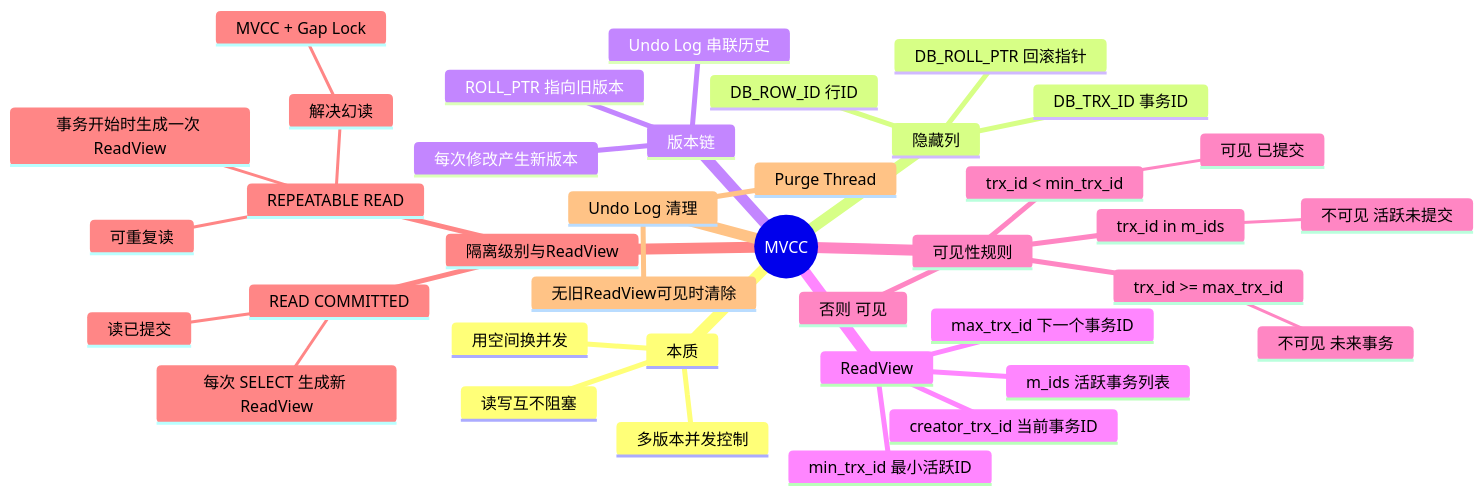
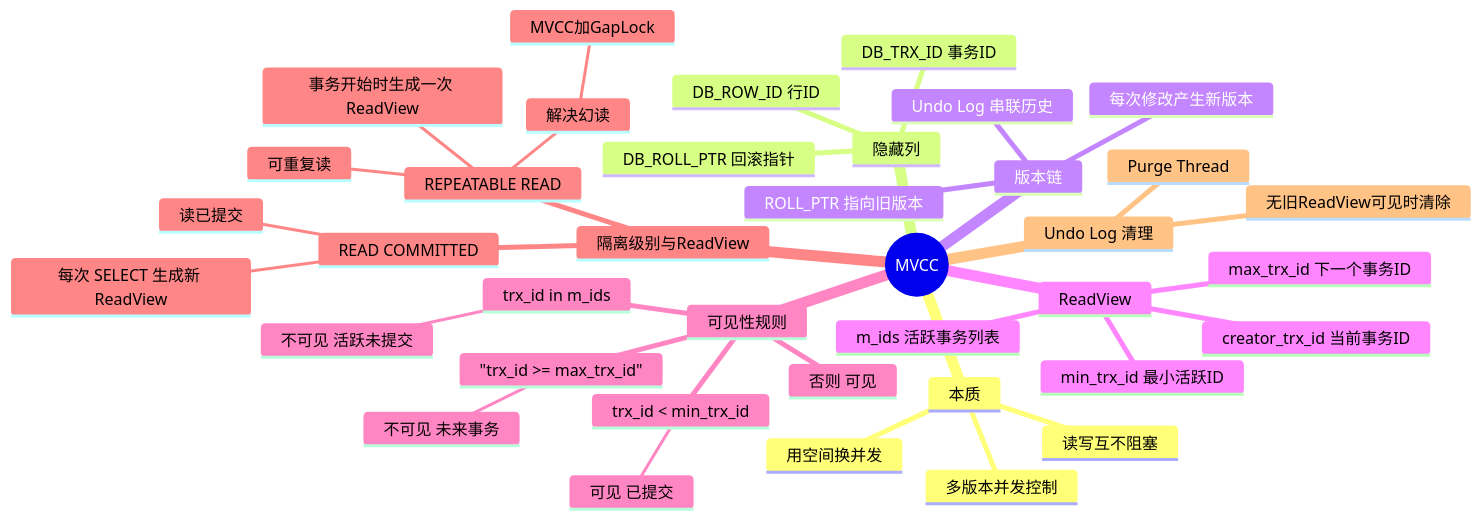
One commit to jingyu525/mysql-first-principles changed the sixth of 11 diagrams in appendix/mind-maps/README.md. Above: the diagram before and after it, drawn with Mermaid. The commit also changed other lines of this file, not shown here.

Commit message:
fix: 修复 Mermaid 思维导图中特殊字符导致的 GitHub 渲染失败

````diff
--- a/appendix/mind-maps/README.md
+++ b/appendix/mind-maps/README.md
@@ -252,41 +252,41 @@
 ```mermaid
 mindmap
   root((MVCC))
     本质
       多版本并发控制
       读写互不阻塞
       用空间换并发
     隐藏列
       DB_TRX_ID 事务ID
       DB_ROLL_PTR 回滚指针
       DB_ROW_ID 行ID
     版本链
       每次修改产生新版本
       Undo Log 串联历史
       ROLL_PTR 指向旧版本
     ReadView
       m_ids 活跃事务列表
       min_trx_id 最小活跃ID
       max_trx_id 下一个事务ID
       creator_trx_id 当前事务ID
     可见性规则
       trx_id < min_trx_id
         可见 已提交
-      trx_id >= max_trx_id
+      "trx_id >= max_trx_id"
         不可见 未来事务
       trx_id in m_ids
         不可见 活跃未提交
       否则 可见
     隔离级别与ReadView
       READ COMMITTED
         每次 SELECT 生成新 ReadView
         读已提交
       REPEATABLE READ
         事务开始时生成一次 ReadView
         可重复读
         解决幻读
-          MVCC + Gap Lock
+          MVCC加GapLock
     Undo Log 清理
       Purge Thread
       无旧ReadView可见时清除
 ```
````
